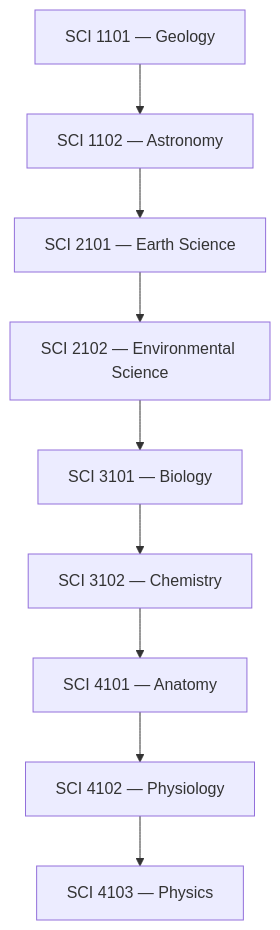
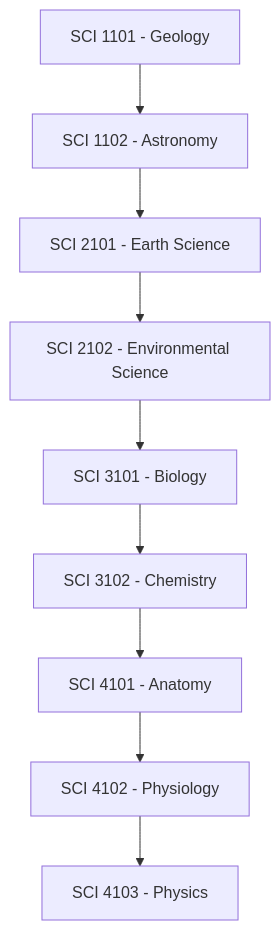
One commit to RIAHPathway/Website-Draft changed the tenth of 29 diagrams in RIAH-PATHWAY-CURRICULUM-STRUCTURE/RIAH-PATHWAY-HIGH-SCHOOL-STRUCTURE/HIGH-SCHOOL-STRUCTURE.md. Above: the diagram before and after it, drawn with Mermaid. The commit also changed other lines of this file, not shown here.

Commit message:
Repair High School Mermaid rendering compatibility

````diff
--- a/RIAH-PATHWAY-CURRICULUM-STRUCTURE/RIAH-PATHWAY-HIGH-SCHOOL-STRUCTURE/HIGH-SCHOOL-STRUCTURE.md
+++ b/RIAH-PATHWAY-CURRICULUM-STRUCTURE/RIAH-PATHWAY-HIGH-SCHOOL-STRUCTURE/HIGH-SCHOOL-STRUCTURE.md
@@ -612,20 +612,20 @@
 ```mermaid
-flowchart TD
-    N0["SCI 1101 — Geology"]
-    N1["SCI 1102 — Astronomy"]
-    N2["SCI 2101 — Earth Science"]
-    N3["SCI 2102 — Environmental Science"]
-    N4["SCI 3101 — Biology"]
-    N5["SCI 3102 — Chemistry"]
-    N6["SCI 4101 — Anatomy"]
-    N7["SCI 4102 — Physiology"]
-    N8["SCI 4103 — Physics"]
+graph TD
+    N0["SCI 1101 - Geology"]
+    N1["SCI 1102 - Astronomy"]
+    N2["SCI 2101 - Earth Science"]
+    N3["SCI 2102 - Environmental Science"]
+    N4["SCI 3101 - Biology"]
+    N5["SCI 3102 - Chemistry"]
+    N6["SCI 4101 - Anatomy"]
+    N7["SCI 4102 - Physiology"]
+    N8["SCI 4103 - Physics"]
     N0 --> N1
     N1 --> N2
     N2 --> N3
     N3 --> N4
     N4 --> N5
     N5 --> N6
     N6 --> N7
     N7 --> N8
 ```
````
